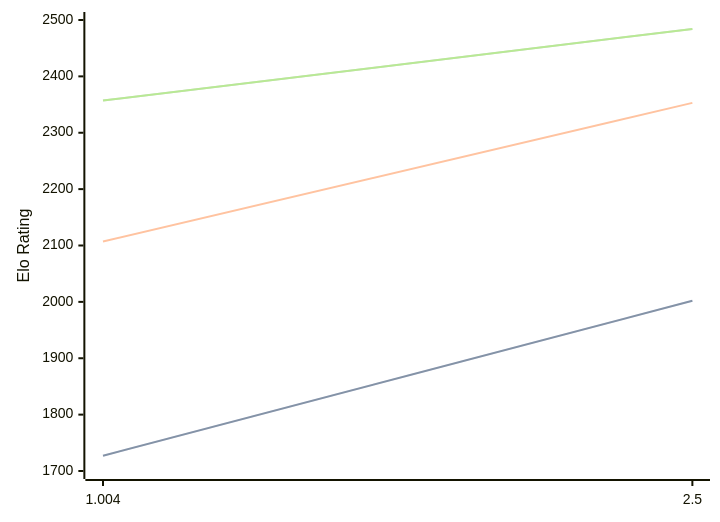
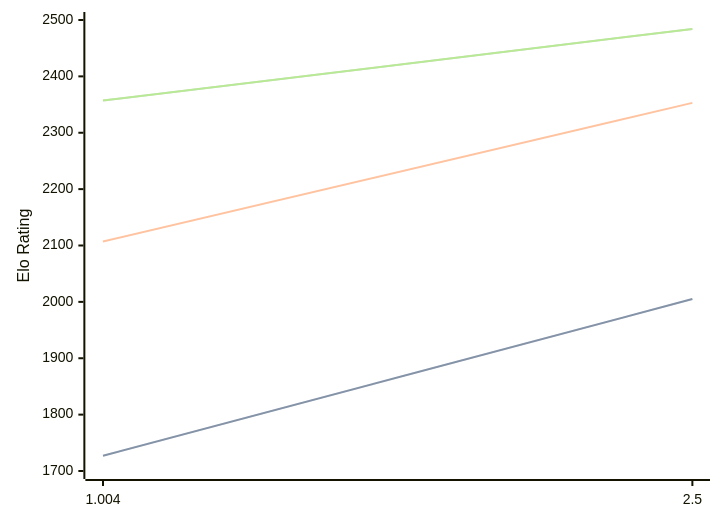
The diagram in engines/Ares.md (computer-chess-index/cci), drawn with Mermaid before and after one commit. The commit also changed other lines of this file, not shown here.

Commit message:
Update CCI Ratings (ELO VLTC) - 2026-04-29

````diff
--- a/engines/Ares.md
+++ b/engines/Ares.md
@@ -32,11 +32,11 @@
 ```mermaid
 %%{init: {"theme":"base","themeVariables":{"seriesColors:['#a3a3a3','#222221','#faa371']}}}%%
 xychart-beta
   x-axis ["1.004", "2.5"]
   y-axis "Elo Rating" 1700 --> 2500
-  line "STC (8.0+0.08s)" [1727, 2002]
-  line "STC (8.0+0.08s)" [1727, 2002]
+  line "STC (8.0+0.08s)" [1727, 2005]
+  line "STC (8.0+0.08s)" [1727, 2005]
   line "LTC (60.0+0.60s)" [2107, 2353]
   line "VLTC (2m24s+1.12s)" [2357, 2484]
   line "VLTC (2m24s+1.12s)" [2357, 2484]
 ```
````
